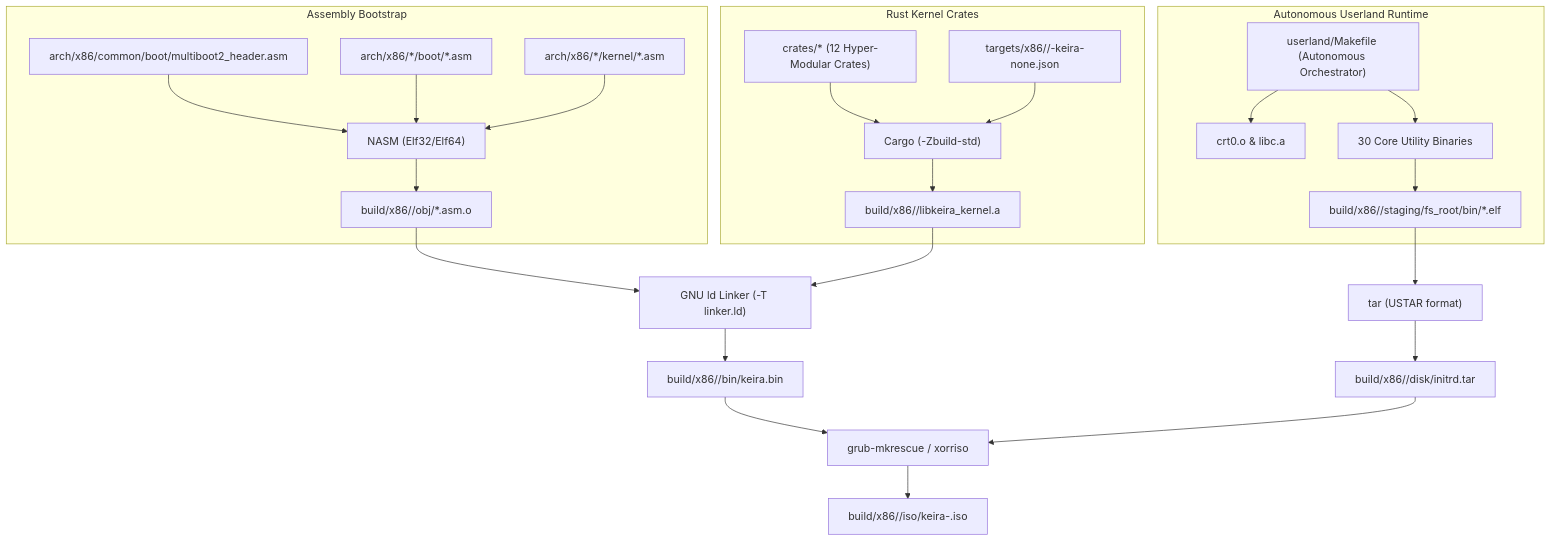
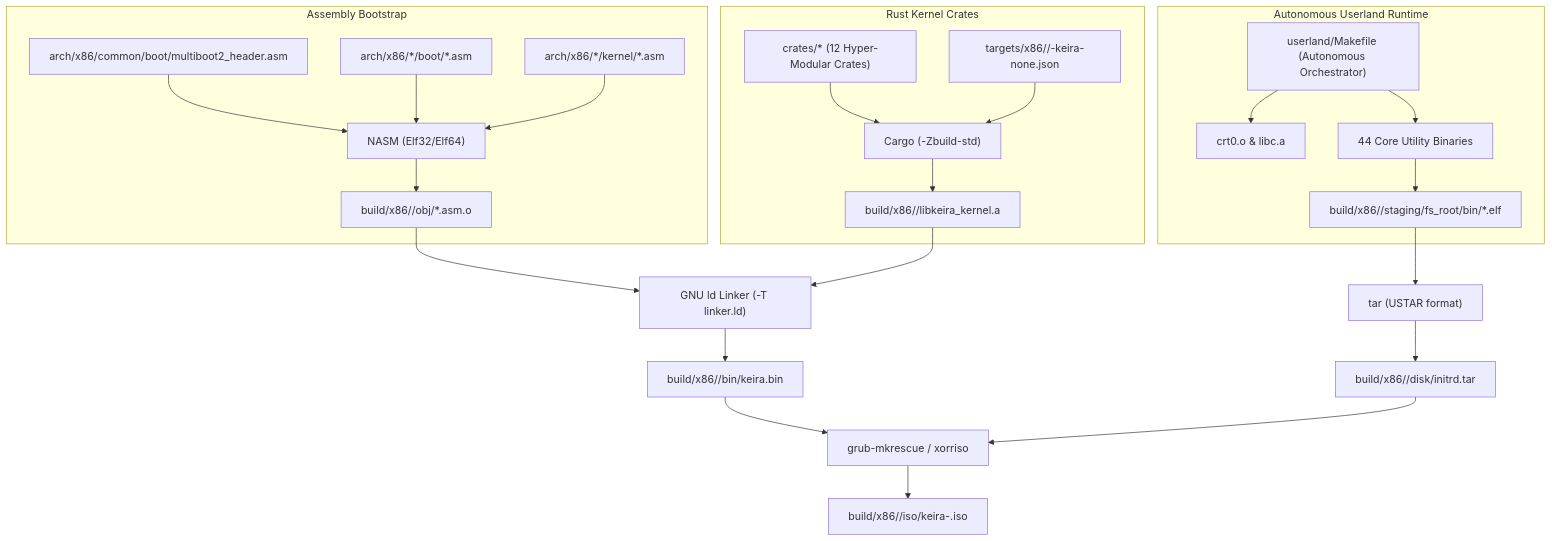
Before and after one commit to mrvlous/keira: the diagram in docs/contributing/guides/build.md, drawn with Mermaid. The commit also changed 6 other files, not shown here.

````diff
--- a/docs/contributing/guides/build.md
+++ b/docs/contributing/guides/build.md
@@ -11,32 +11,32 @@
 ```mermaid
 graph TD
     subgraph Assembly Bootstrap
         ASM_HDR["arch/x86/common/boot/multiboot2_header.asm"] --> NASM["NASM (Elf32/Elf64)"]
         ASM_BOOT["arch/x86/*/boot/*.asm"] --> NASM
         ASM_ISR["arch/x86/*/kernel/*.asm"] --> NASM
         NASM --> ASM_OBJ["build/x86/<arch>/obj/*.asm.o"]
     end
 
     subgraph Rust Kernel Crates
         RUST_CRATES["crates/* (12 Hyper-Modular Crates)"] --> CARGO["Cargo (-Zbuild-std)"]
         TARGET_SPEC["targets/x86/<arch>/<arch>-keira-none.json"] --> CARGO
         CARGO --> KERNEL_LIB["build/x86/<arch>/libkeira_kernel.a"]
     end
 
     subgraph Autonomous Userland Runtime
         USER_MAKE["userland/Makefile (Autonomous Orchestrator)"] --> USER_CRT["crt0.o & libc.a"]
-        USER_MAKE --> USER_BINS["30 Core Utility Binaries"]
+        USER_MAKE --> USER_BINS["44 Core Utility Binaries"]
         USER_BINS --> USER_ELFS["build/x86/<arch>/staging/fs_root/bin/*.elf"]
     end
 
     ASM_OBJ --> LINKER["GNU ld Linker (-T linker.ld)"]
     KERNEL_LIB --> LINKER
     LINKER --> KERNEL_ELF["build/x86/<arch>/bin/keira.bin"]
 
     USER_ELFS --> TAR["tar (USTAR format)"]
     TAR --> INITRD["build/x86/<arch>/disk/initrd.tar"]
 
     KERNEL_ELF --> GRUB["grub-mkrescue / xorriso"]
     INITRD --> GRUB
     GRUB --> ISO["build/x86/<arch>/iso/keira-<arch>.iso"]
 ```
````
